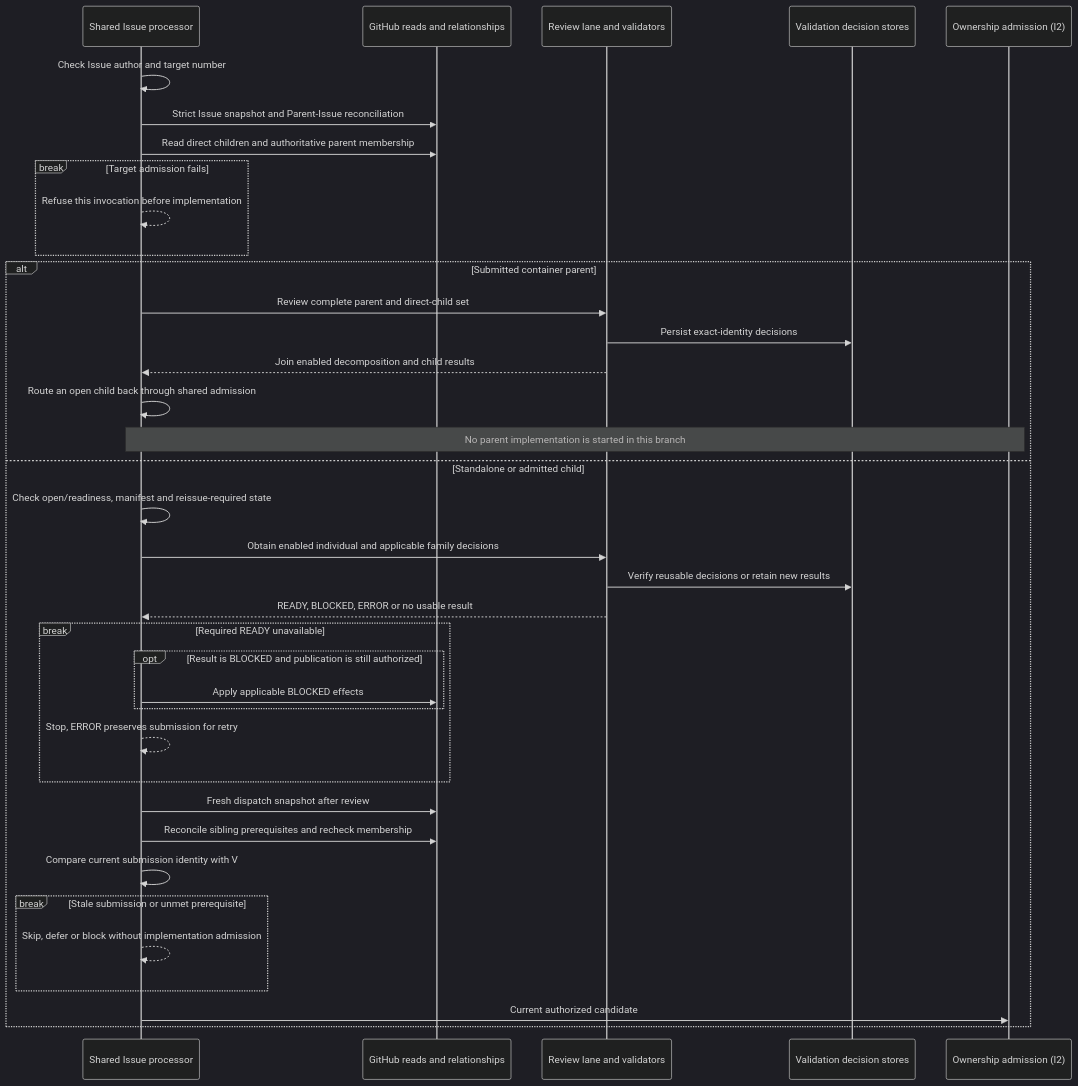
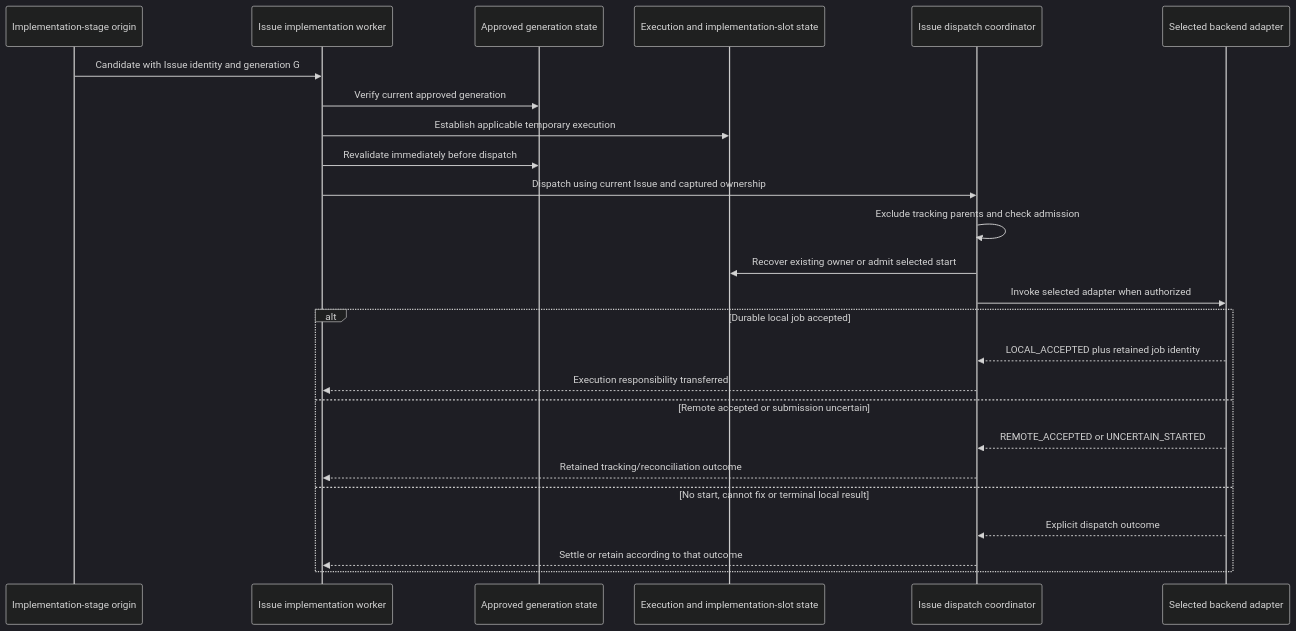
One commit to kitamura-tetsuo/auto-coder changed the first of 2 diagrams in docs/architecture/as-is/issue-implementation.md. Above: the diagram before and after it, drawn with Mermaid (dark theme). The commit also changed other lines of this file and 14 other files, not shown here.

First line of the commit message:
docs: refresh as-is sequences and map refactoring boundaries

````diff
--- a/docs/architecture/as-is/issue-implementation.md
+++ b/docs/architecture/as-is/issue-implementation.md
@@ -37,39 +7,27 @@
 ```mermaid
 sequenceDiagram
-    participant E as Shared Issue processor
-    participant G as GitHub reads and relationships
-    participant R as Review lane and validators
-    participant D as Validation decision stores
-    participant A as Ownership admission (I2)
-    E->>E: Check Issue author and target number
-    E->>G: Strict Issue snapshot and Parent-Issue reconciliation
-    E->>G: Read direct children and authoritative parent membership
-    break Target admission fails
-        E-->>E: Refuse this invocation before implementation
-    end
-    alt Submitted container parent
-        E->>R: Review complete parent and direct-child set
-        R->>D: Persist exact-identity decisions
-        R-->>E: Join enabled decomposition and child results
-        E->>E: Route an open child back through shared admission
-        Note over E,A: No parent implementation is started in this branch
-    else Standalone or admitted child
-        E->>E: Check open/readiness, manifest and reissue-required state
-        E->>R: Obtain enabled individual and applicable family decisions
-        R->>D: Verify reusable decisions or retain new results
-        R-->>E: READY, BLOCKED, ERROR or no usable result
-        break Required READY unavailable
-            opt Result is BLOCKED and publication is still authorized
-                E->>G: Apply applicable BLOCKED effects
-            end
-            E-->>E: Stop, ERROR preserves submission for retry
-        end
-        E->>G: Fresh dispatch snapshot after review
-        E->>G: Reconcile sibling prerequisites and recheck membership
-        E->>E: Compare current submission identity with V
-        break Stale submission or unmet prerequisite
-            E-->>E: Skip, defer or block without implementation admission
-        end
-        E->>A: Current authorized candidate
+    participant O as Implementation-stage origin
+    participant W as Issue implementation worker
+    participant G as Approved generation state
+    participant S as Execution and implementation-slot state
+    participant D as Issue dispatch coordinator
+    participant B as Selected backend adapter
+    O->>W: Candidate with Issue identity and generation G
+    W->>G: Verify current approved generation
+    W->>S: Establish applicable temporary execution
+    W->>G: Revalidate immediately before dispatch
+    W->>D: Dispatch using current Issue and captured ownership
+    D->>D: Exclude tracking parents and check admission
+    D->>S: Recover existing owner or admit selected start
+    D->>B: Invoke selected adapter when authorized
+    alt Durable local job accepted
+        B-->>D: LOCAL_ACCEPTED plus retained job identity
+        D-->>W: Execution responsibility transferred
+    else Remote accepted or submission uncertain
+        B-->>D: REMOTE_ACCEPTED or UNCERTAIN_STARTED
+        D-->>W: Retained tracking/reconciliation outcome
+    else No start, cannot fix or terminal local result
+        B-->>D: Explicit dispatch outcome
+        D-->>W: Settle or retain according to that outcome
     end
 ```
````
